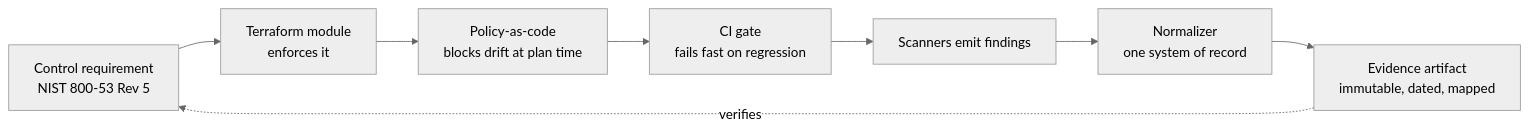
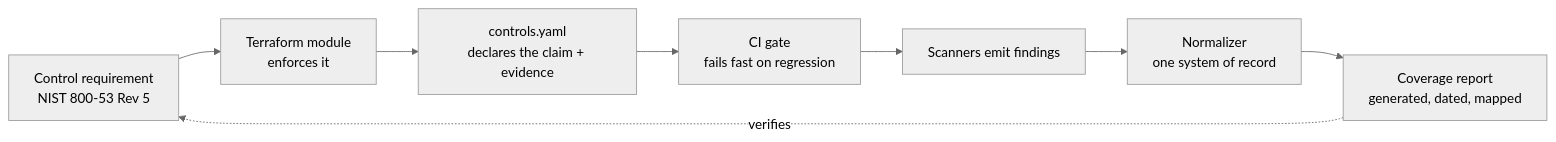
The diagram in README.md (ryayres-fox/Security), drawn with Mermaid (neutral theme) before and after one commit. The commit also changed other lines of this file and 4 other files, not shown here.

````diff
--- a/README.md
+++ b/README.md
@@ -34,10 +49,10 @@
 ```mermaid
 flowchart LR
     A[Control requirement<br/>NIST 800-53 Rev 5] --> B[Terraform module<br/>enforces it]
-    B --> C[Policy-as-code<br/>blocks drift at plan time]
+    B --> C[controls.yaml<br/>declares the claim + evidence]
     C --> D[CI gate<br/>fails fast on regression]
     D --> E[Scanners emit findings]
     E --> F[Normalizer<br/>one system of record]
-    F --> G[Evidence artifact<br/>immutable, dated, mapped]
+    F --> G[Coverage report<br/>generated, dated, mapped]
     G -.verifies.-> A
 ```
````
